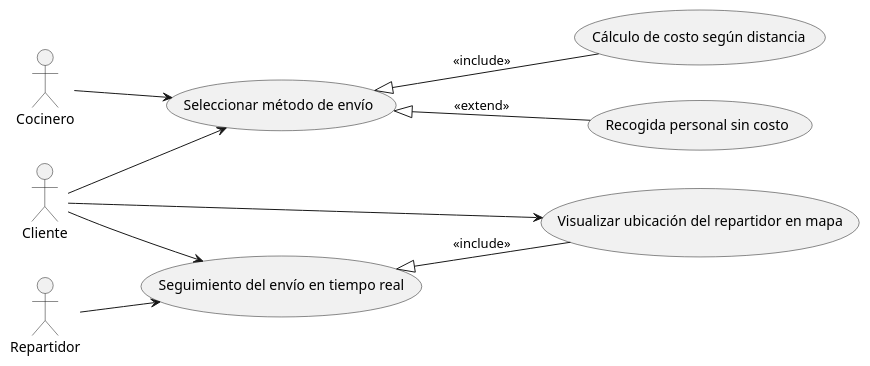
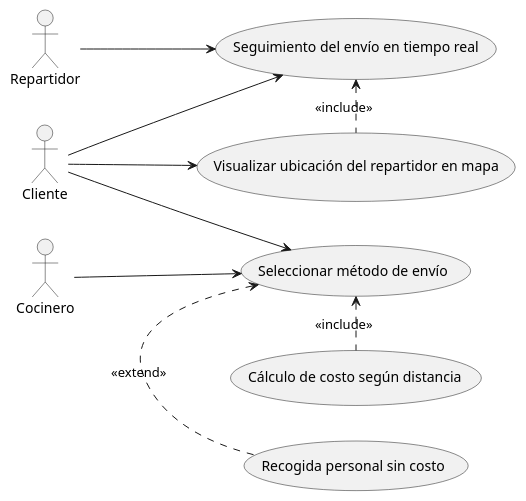
One commit to dabien3/ES25UAB-511-05 changed the diagram in documents/Diagrames Casos d'Us/Code Plantuml/code_bloq3.pUML. Above: the diagram before and after it, drawn with PlantUML. The commit also changed 7 other files, not shown here.

Commit message:
Correccion flechas include y extend, ademas de la eliminacion del B7

```diff
--- a/documents/Diagrames Casos d'Us/Code Plantuml/code_bloq3.pUML
+++ b/documents/Diagrames Casos d'Us/Code Plantuml/code_bloq3.pUML
@@ -1,24 +1,24 @@
 @startuml
 left to right direction
 
 actor Cliente
 actor Cocinero
 actor Repartidor
 
 usecase "Seleccionar método de envío" as SeleccionarEnvio
 usecase "Cálculo de costo según distancia" as CalculoCosto
 usecase "Recogida personal sin costo" as RecogidaGratuita
 usecase "Seguimiento del envío en tiempo real" as SeguimientoEnvio
 usecase "Visualizar ubicación del repartidor en mapa" as UbicacionRepartidor
 
 Cliente --> SeleccionarEnvio
 Cliente --> SeguimientoEnvio
 Cliente --> UbicacionRepartidor
 
 Cocinero --> SeleccionarEnvio
 Repartidor --> SeguimientoEnvio
 
-SeleccionarEnvio <|-- CalculoCosto : <<include>>
-SeleccionarEnvio <|-- RecogidaGratuita : <<extend>>
-SeguimientoEnvio <|-- UbicacionRepartidor : <<include>>
+SeleccionarEnvio <. CalculoCosto : <<include>>
+SeleccionarEnvio <. RecogidaGratuita : <<extend>>
+SeguimientoEnvio <. UbicacionRepartidor : <<include>>
 @enduml
```
